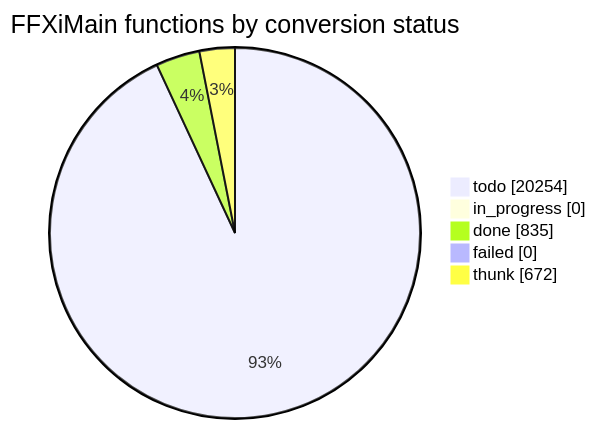
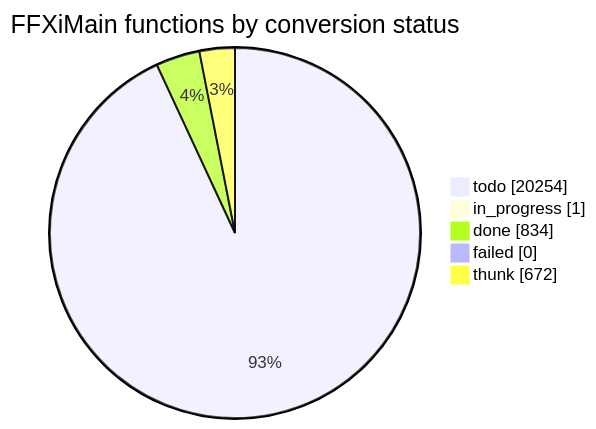
Before and after one commit to cowrevenge/cow_kuluu_xi_anything: the diagram in docs/cow/STATUS.md, drawn with Mermaid. The commit also changed other lines of this file and 8 other files, not shown here.

````diff
--- a/docs/cow/STATUS.md
+++ b/docs/cow/STATUS.md
@@ -18,9 +18,9 @@
 ```mermaid
 pie showData
     title FFXiMain functions by conversion status
     "todo" : 20254
-    "in_progress" : 0
-    "done" : 835
+    "in_progress" : 1
+    "done" : 834
     "failed" : 0
     "thunk" : 672
 ```
````
